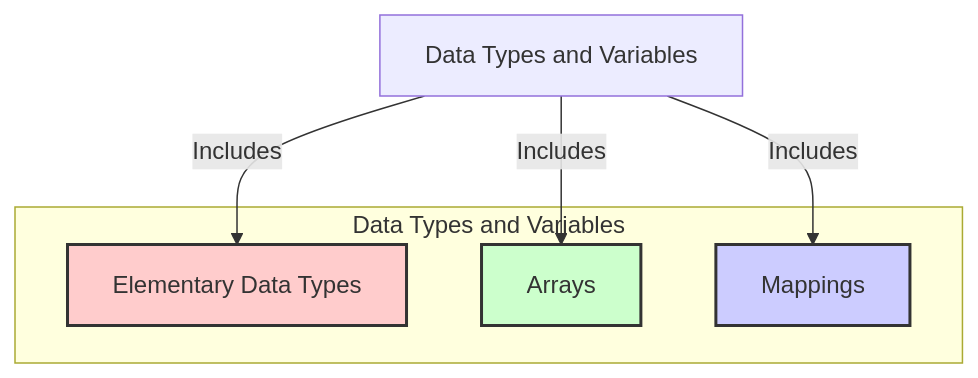
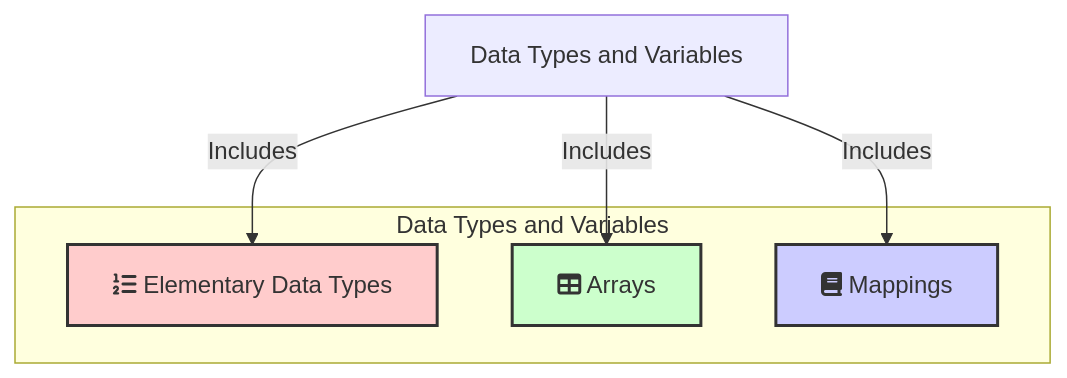
The fourth of 33 diagrams in _posts/2024-07-09-introduction-to-solidity.md (kelvin-bz/blog), drawn with Mermaid before and after one commit. The commit also changed other lines of this file, not shown here.

````diff
--- a/_posts/2024-07-09-introduction-to-solidity.md
+++ b/_posts/2024-07-09-introduction-to-solidity.md
@@ -295,25 +295,25 @@
 ```mermaid
 graph TB
     dataTypes["Data Types and Variables"]
-    elementaryTypes["Elementary Data Types"]
-    arrays["Arrays"]
-    mappings["Mappings"]
+    elementaryTypes["fa:fa-list-ol Elementary Data Types"]
+    arrays["fa:fa-table Arrays"]
+    mappings["fa:fa-book Mappings"]
 
     dataTypes -->|Includes| elementaryTypes
     dataTypes -->|Includes| arrays
     dataTypes -->|Includes| mappings
 
     subgraph dataTypesStructure["Data Types and Variables"]
         elementaryTypes
         arrays
         mappings
     end
 
     classDef elementary fill:#ffcccc,stroke:#333,stroke-width:2px;
     classDef array fill:#ccffcc,stroke:#333,stroke-width:2px;
     classDef mapping fill:#ccccff,stroke:#333,stroke-width:2px;
 
     elementaryTypes:::elementary
     arrays:::array
     mappings:::mapping
 ```
````
